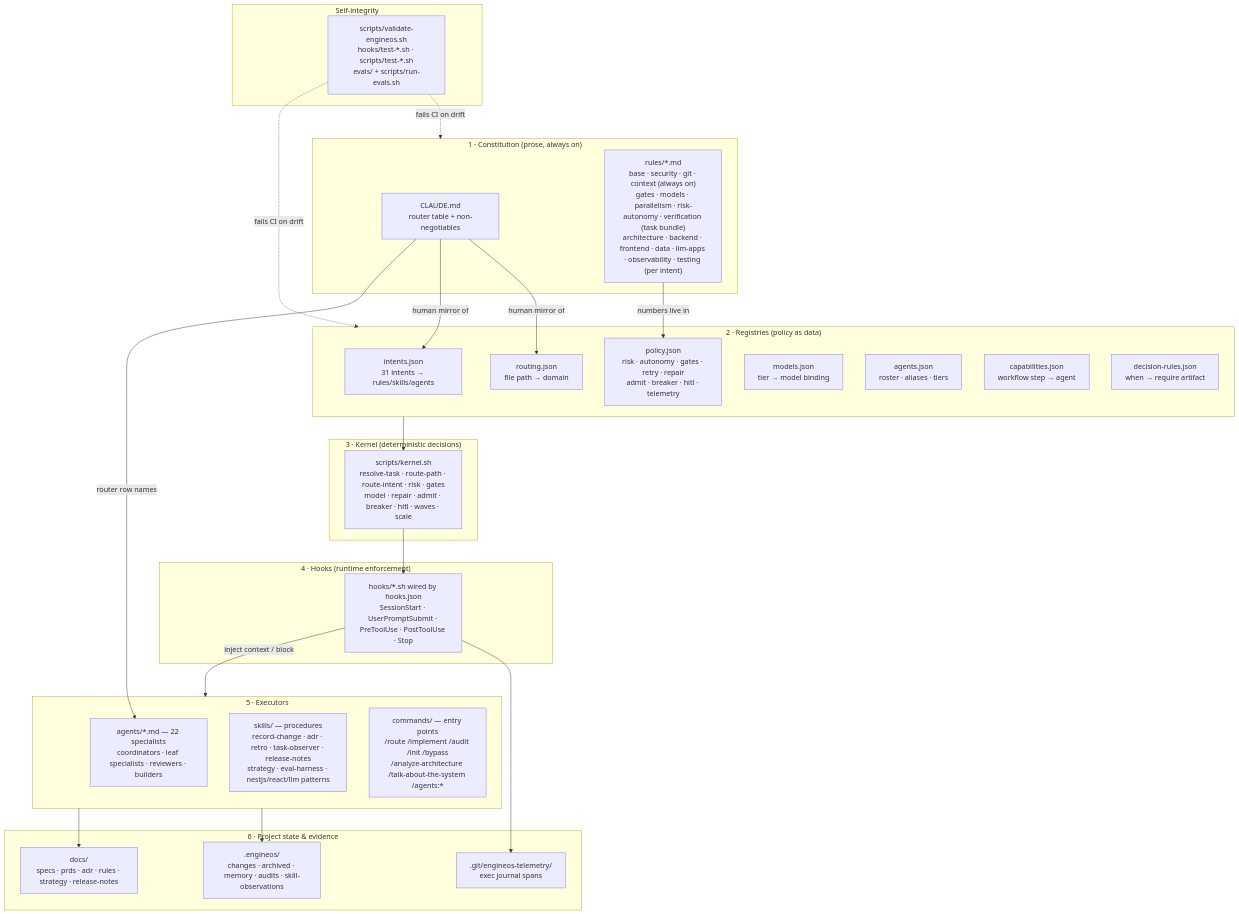
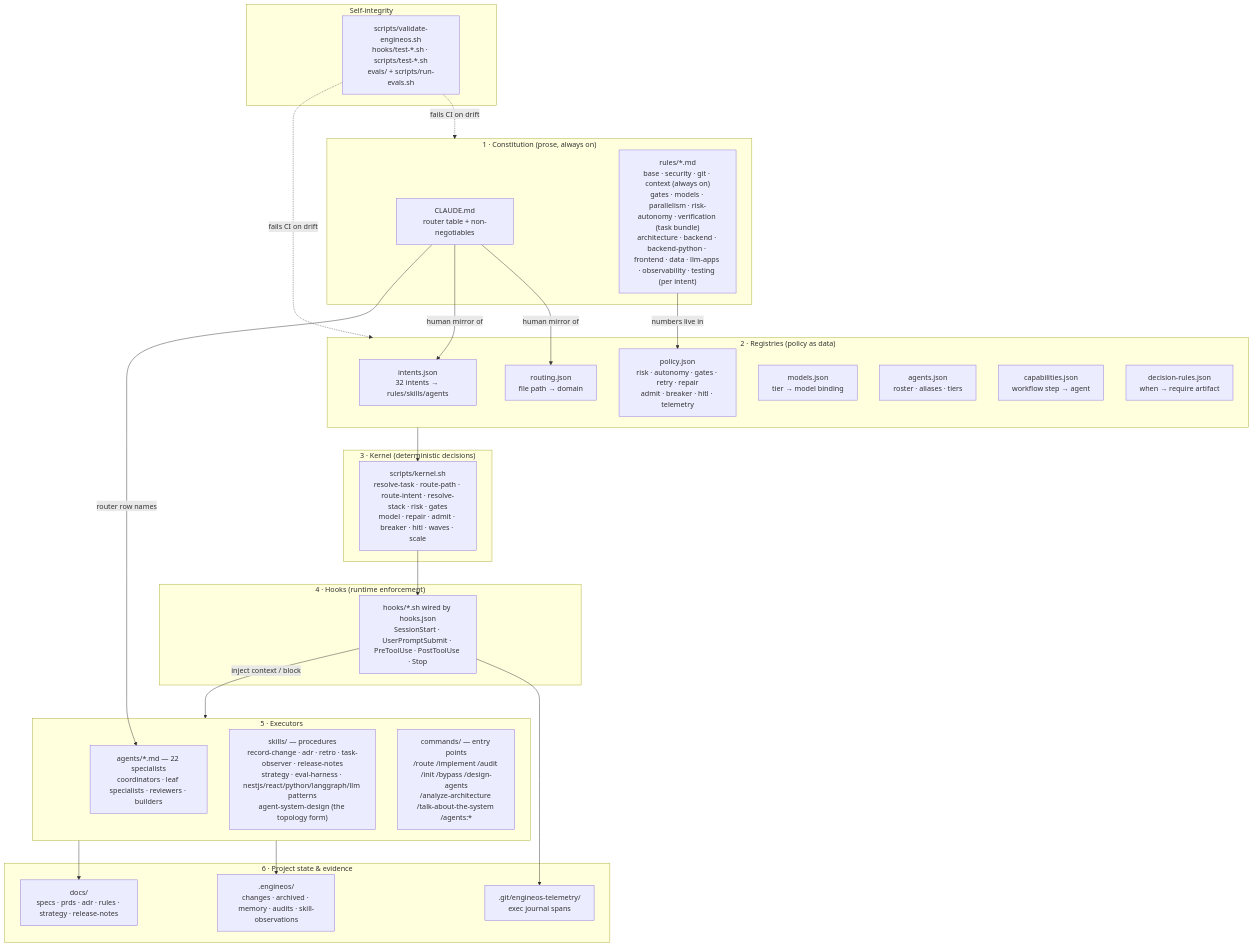
The first of 8 diagrams in docs/BIG-PICTURE.md (ricardofagmerspesia/engineos), drawn with Mermaid before and after one commit. The commit also changed other lines of this file and 7 other files, not shown here.

First line of the commit message:
docs: README, codebase map, big picture, START, ADOPTION, COMPATIBILITY for the Python stack, design gate and git guard (wave 4)

````diff
--- a/docs/BIG-PICTURE.md
+++ b/docs/BIG-PICTURE.md
@@ -18,54 +18,54 @@
 ```mermaid
 flowchart TB
     subgraph L1["1 · Constitution (prose, always on)"]
         CLAUDE["CLAUDE.md<br/>router table + non-negotiables"]
-        RULES["rules/*.md<br/>base · security · git · context (always on)<br/>gates · models · parallelism · risk-autonomy · verification (task bundle)<br/>architecture · backend · frontend · data · llm-apps · observability · testing (per intent)"]
+        RULES["rules/*.md<br/>base · security · git · context (always on)<br/>gates · models · parallelism · risk-autonomy · verification (task bundle)<br/>architecture · backend · backend-python · frontend · data · llm-apps · observability · testing (per intent)"]
     end
 
     subgraph L2["2 · Registries (policy as data)"]
-        INTENTS["intents.json<br/>31 intents → rules/skills/agents"]
+        INTENTS["intents.json<br/>32 intents → rules/skills/agents"]
         ROUTING["routing.json<br/>file path → domain"]
         POLICY["policy.json<br/>risk · autonomy · gates · retry · repair<br/>admit · breaker · hitl · telemetry"]
         MODELS["models.json<br/>tier → model binding"]
         AGENTSR["agents.json<br/>roster · aliases · tiers"]
         CAPS["capabilities.json<br/>workflow step → agent"]
         DRULES["decision-rules.json<br/>when → require artifact"]
     end
 
     subgraph L3["3 · Kernel (deterministic decisions)"]
-        KERNEL["scripts/kernel.sh<br/>resolve-task · route-path · route-intent · risk · gates<br/>model · repair · admit · breaker · hitl · waves · scale"]
+        KERNEL["scripts/kernel.sh<br/>resolve-task · route-path · route-intent · resolve-stack · risk · gates<br/>model · repair · admit · breaker · hitl · waves · scale"]
     end
 
     subgraph L4["4 · Hooks (runtime enforcement)"]
         HOOKS["hooks/*.sh wired by hooks.json<br/>SessionStart · UserPromptSubmit · PreToolUse · PostToolUse · Stop"]
     end
 
     subgraph L5["5 · Executors"]
         AGENTS["agents/*.md — 22 specialists<br/>coordinators · leaf specialists · reviewers · builders"]
-        SKILLS["skills/ — procedures<br/>record-change · adr · retro · task-observer · release-notes<br/>strategy · eval-harness · nestjs/react/llm patterns"]
-        COMMANDS["commands/ — entry points<br/>/route /implement /audit /init /bypass<br/>/analyze-architecture /talk-about-the-system /agents:*"]
+        SKILLS["skills/ — procedures<br/>record-change · adr · retro · task-observer · release-notes<br/>strategy · eval-harness · nestjs/react/python/langgraph/llm patterns<br/>agent-system-design (the topology form)"]
+        COMMANDS["commands/ — entry points<br/>/route /implement /audit /init /bypass /design-agents<br/>/analyze-architecture /talk-about-the-system /agents:*"]
     end
 
     subgraph L6["6 · Project state & evidence"]
         ENGINEOS[".engineos/<br/>changes · archived · memory · audits · skill-observations"]
         DOCS["docs/<br/>specs · prds · adr · rules · strategy · release-notes"]
         TELEM[".git/engineos-telemetry/<br/>exec journal spans"]
     end
 
     subgraph L0["Self-integrity"]
         VALIDATE["scripts/validate-engineos.sh<br/>hooks/test-*.sh · scripts/test-*.sh<br/>evals/ + scripts/run-evals.sh"]
     end
 
     CLAUDE -->|"human mirror of"| ROUTING
     CLAUDE -->|"human mirror of"| INTENTS
     RULES -->|"numbers live in"| POLICY
     L2 --> KERNEL
     KERNEL --> HOOKS
     HOOKS -->|"inject context / block"| L5
     CLAUDE -->|"router row names"| AGENTS
     L5 --> ENGINEOS
     L5 --> DOCS
     HOOKS --> TELEM
     VALIDATE -.->|"fails CI on drift"| L1
     VALIDATE -.->|"fails CI on drift"| L2
 ```
````
